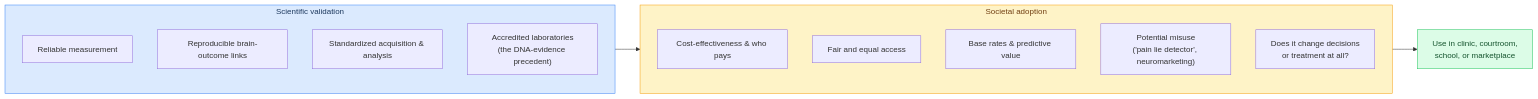
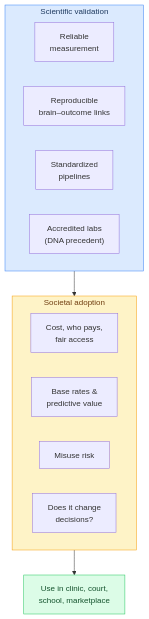
The second of 3 diagrams in part1/ch03-imaging-and-society.md (torwager/elements-of-fmri-tutorials), drawn with Mermaid before and after one commit. The commit also changed other lines of this file and 64 other files, not shown here.

First line of the commit message:
Polish batch A (ch 1-21): equation where-lines + hover tooltips, verbose comments, example outputs, resource links, figure rights + fixes, mermaid cleanup

````diff
--- a/part1/ch03-imaging-and-society.md
+++ b/part1/ch03-imaging-and-society.md
@@ -52,20 +52,20 @@
 ```{mermaid}
-flowchart LR
+flowchart TD
     subgraph S["Scientific validation"]
-        S1["Reliable measurement"]
-        S2["Reproducible brain-outcome links"]
-        S3["Standardized acquisition & analysis"]
-        S4["Accredited laboratories<br/>(the DNA-evidence precedent)"]
+        S1["Reliable<br/>measurement"]
+        S2["Reproducible<br/>brain–outcome links"]
+        S3["Standardized<br/>pipelines"]
+        S4["Accredited labs<br/>(DNA precedent)"]
     end
     subgraph D["Societal adoption"]
-        D1["Cost-effectiveness & who pays"]
-        D2["Fair and equal access"]
-        D3["Base rates & predictive value"]
-        D4["Potential misuse<br/>('pain lie detector', neuromarketing)"]
-        D5["Does it change decisions<br/>or treatment at all?"]
+        D1["Cost, who pays,<br/>fair access"]
+        D2["Base rates &<br/>predictive value"]
+        D3["Misuse risk"]
+        D4["Does it change<br/>decisions?"]
     end
-    S --> D --> U["Use in clinic, courtroom,<br/>school, or marketplace"]
+    S --> D
+    D --> U["Use in clinic, court,<br/>school, marketplace"]
     style S fill:#dbeafe,stroke:#3b82f6,color:#1e3a5f
     style D fill:#fef3c7,stroke:#f59e0b,color:#713f12
     style U fill:#dcfce7,stroke:#22c55e,color:#14532d
 ```
````
